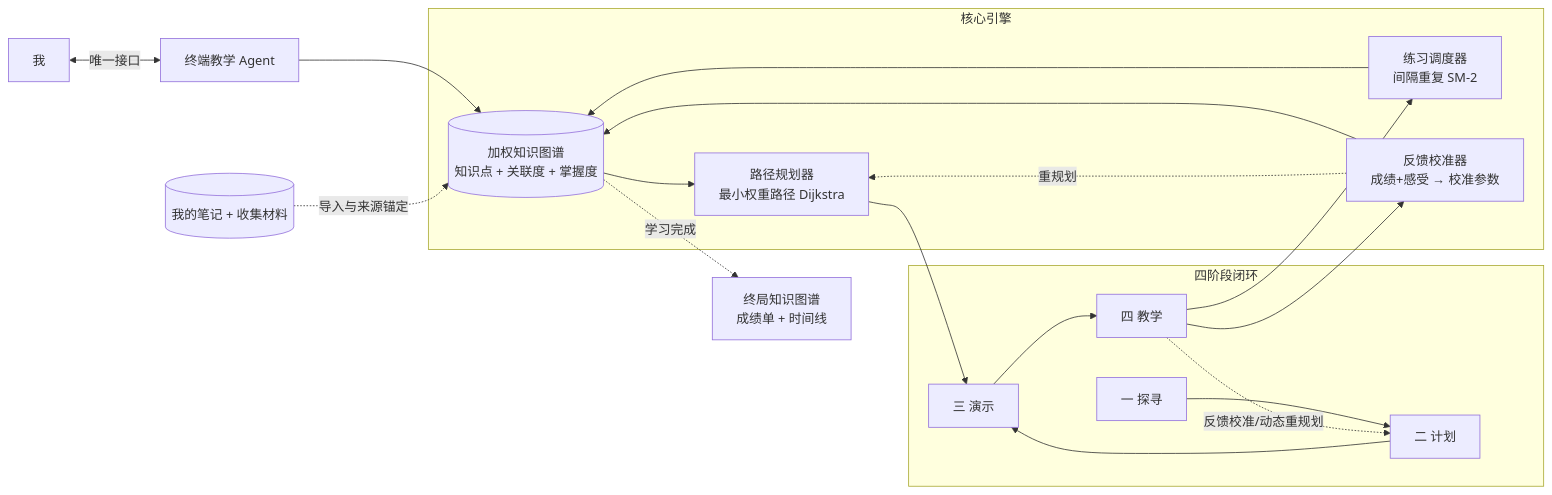
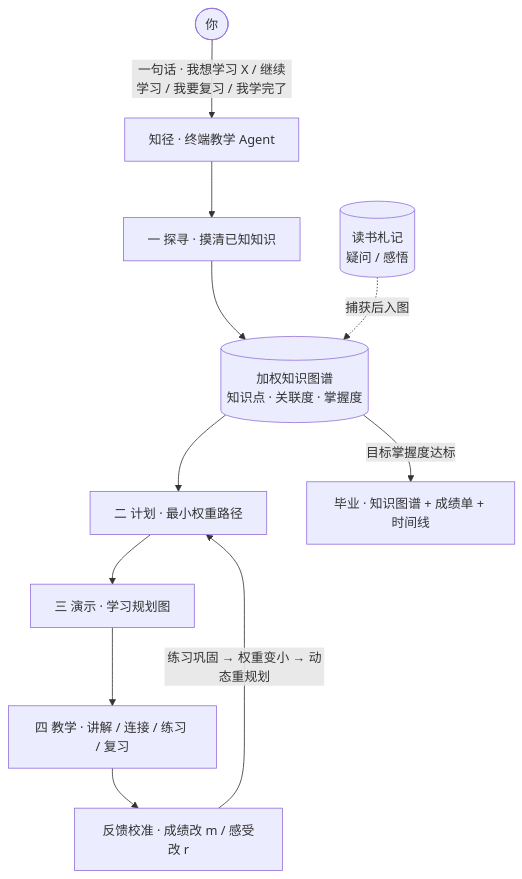
One commit to LinXinJi/zhijing changed the diagram in README.md. Above: the diagram before and after it, drawn with Mermaid. The commit also changed other lines of this file, not shown here.

Commit message:
docs: 架构图改为按使用流程（一句话→探寻→计划→演示→教学→反馈重规划→毕业）

````diff
--- a/README.md
+++ b/README.md
@@ -64,21 +68,13 @@
 ```mermaid
-flowchart LR
-  U[我] <-->|唯一接口| A[终端教学 Agent]
-  subgraph core["核心引擎"]
-    KG[(加权知识图谱<br/>知识点 + 关联度 + 掌握度)]
-    PA[路径规划器<br/>最小权重路径 Dijkstra]
-    SR[练习调度器<br/>间隔重复 SM-2]
-    FC[反馈校准器<br/>成绩+感受 → 校准参数]
-  end
-  subgraph loop["四阶段闭环"]
-    E[一 探寻] --> P[二 计划] --> D[三 演示] --> T[四 教学]
-    T -.反馈校准/动态重规划.-> P
-  end
-  A --> KG
-  MAT[(我的笔记 + 收集材料)] -.导入与来源锚定.-> KG
-  KG --> PA --> D
-  T --> SR --> KG
-  T --> FC --> KG
-  FC -.重规划.-> PA
-  KG -.学习完成.-> FKG[终局知识图谱<br/>成绩单 + 时间线]
+flowchart TB
+  U([你]) -->|一句话 · 我想学习 X / 继续学习 / 我要复习 / 我学完了| A[知径 · 终端教学 Agent]
+  A --> E[一 探寻 · 摸清已知知识]
+  E --> KG[(加权知识图谱<br/>知识点 · 关联度 · 掌握度)]
+  KG --> P[二 计划 · 最小权重路径]
+  P --> D[三 演示 · 学习规划图]
+  D --> T[四 教学 · 讲解 / 连接 / 练习 / 复习]
+  T --> F[反馈校准 · 成绩改 m / 感受改 r]
+  F -->|练习巩固 → 权重变小 → 动态重规划| P
+  KG -->|目标掌握度达标| GRAD[毕业 · 知识图谱 + 成绩单 + 时间线]
+  B[(读书札记<br/>疑问 / 感悟)] -.->|捕获后入图| KG
 ```
````
